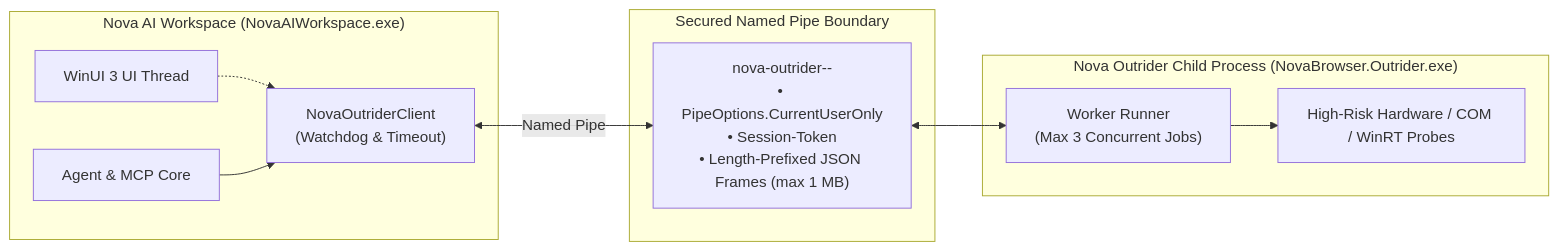
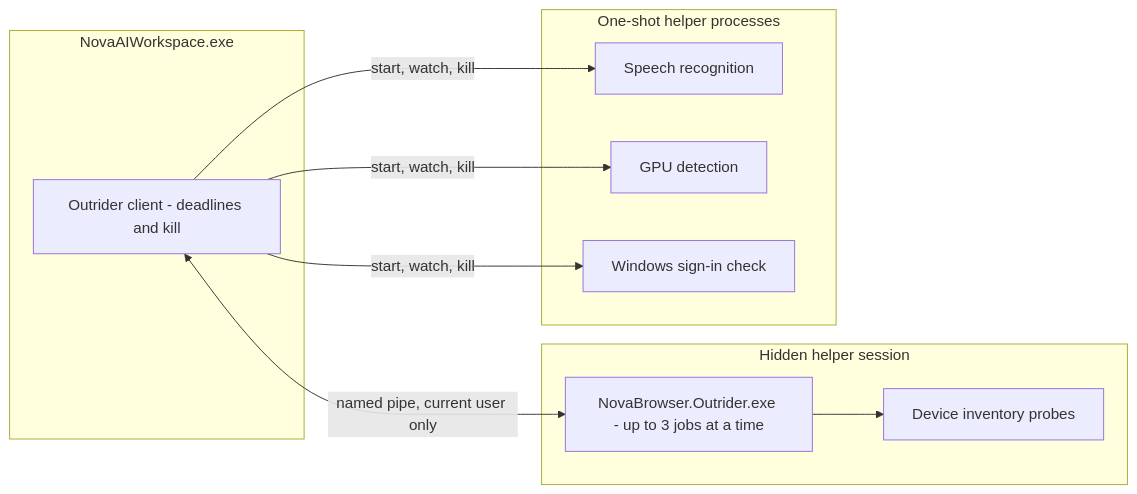
Before and after one commit to joelaniol/nova: the diagram in docs/core-features/outrider-boundary.md, drawn with Mermaid. The commit also changed other lines of this file and 495 other files, not shown here.

````diff
--- a/docs/core-features/outrider-boundary.md
+++ b/docs/core-features/outrider-boundary.md
@@ -21,28 +22,23 @@
 ```mermaid
 flowchart LR
-    subgraph BrowserProcess["Nova AI Workspace (NovaAIWorkspace.exe)"]
-        UI["WinUI 3 UI Thread"]
-        AgentCore["Agent & MCP Core"]
-        Client["NovaOutriderClient
-(Watchdog & Timeout)"]
-        UI -.-> Client
-        AgentCore --> Client
+    subgraph Nova["NovaAIWorkspace.exe"]
+        Client["Outrider client - deadlines and kill"]
     end
 
-    subgraph IPC["Secured Named Pipe Boundary"]
-        Pipe["nova-outrider-<pid>-<guid>
-• PipeOptions.CurrentUserOnly
-• Session-Token
-• Length-Prefixed JSON Frames (max 1 MB)"]
+    subgraph Session["Hidden helper session"]
+        Runner["NovaBrowser.Outrider.exe - up to 3 jobs at a time"]
+        Probes["Device inventory probes"]
+        Runner --> Probes
     end
 
-    subgraph OutriderProcess["Nova Outrider Child Process (NovaBrowser.Outrider.exe)"]
-        Worker["Worker Runner
-(Max 3 Concurrent Jobs)"]
-        DriverCall["High-Risk Hardware / COM / WinRT Probes"]
-        Worker --> DriverCall
+    subgraph OneShot["One-shot helper processes"]
+        Transcribe["Speech recognition"]
+        Gpu["GPU detection"]
+        Cred["Windows sign-in check"]
     end
 
-    Client <-->|Named Pipe| Pipe
-    Pipe <--> Worker
+    Client <-->|named pipe, current user only| Runner
+    Client -->|start, watch, kill| Transcribe
+    Client -->|start, watch, kill| Gpu
+    Client -->|start, watch, kill| Cred
 ```
````
